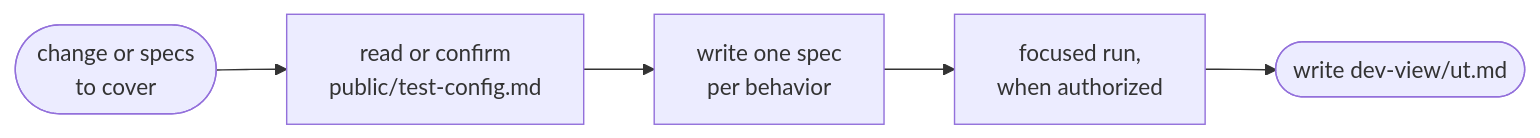
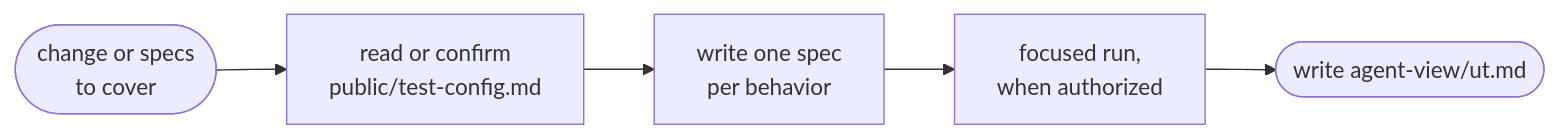
One commit to le0u0/just-do-it changed the diagram in docs/go-ut.md. Above: the diagram before and after it, drawn with Mermaid. The commit also changed other lines of this file and 39 other files, not shown here.

Commit message:
feat: move ut, e2e, and review md to agent-view and default dev-view to html

````diff
--- a/docs/go-ut.md
+++ b/docs/go-ut.md
@@ -7,7 +7,7 @@
 ```mermaid
 flowchart LR
     IN([change or specs<br/>to cover]) --> S[read or confirm<br/>public/test-config.md]
     S --> W[write one spec<br/>per behavior]
     W --> R[focused run,<br/>when authorized]
-    R --> O([write dev-view/ut.md])
+    R --> O([write agent-view/ut.md])
 ```
````
